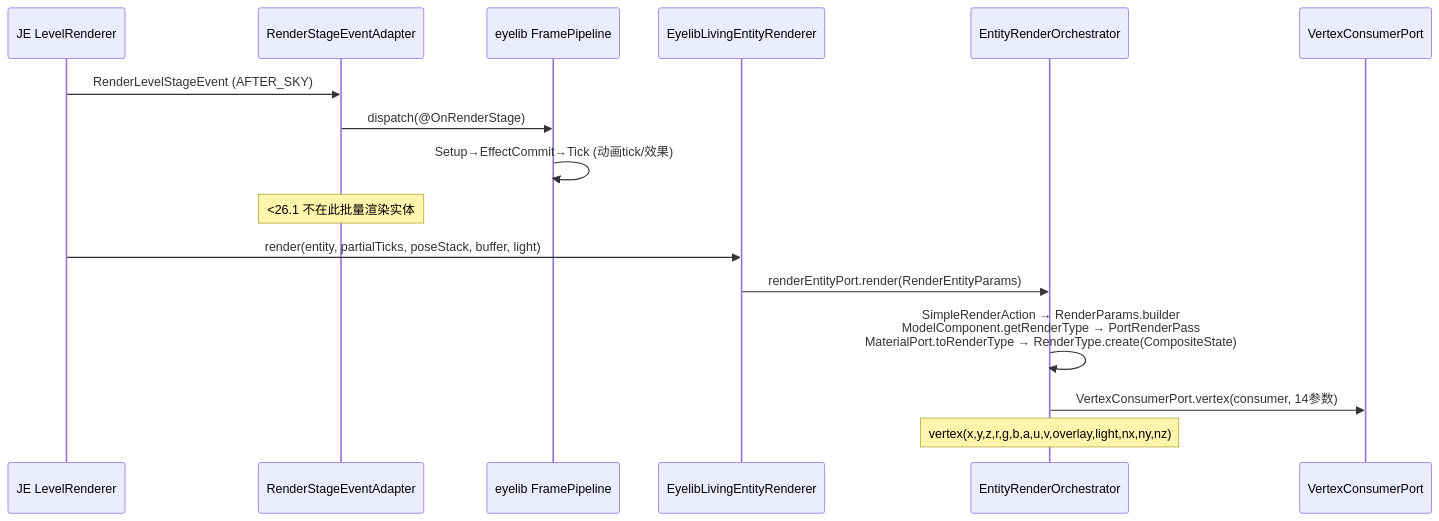
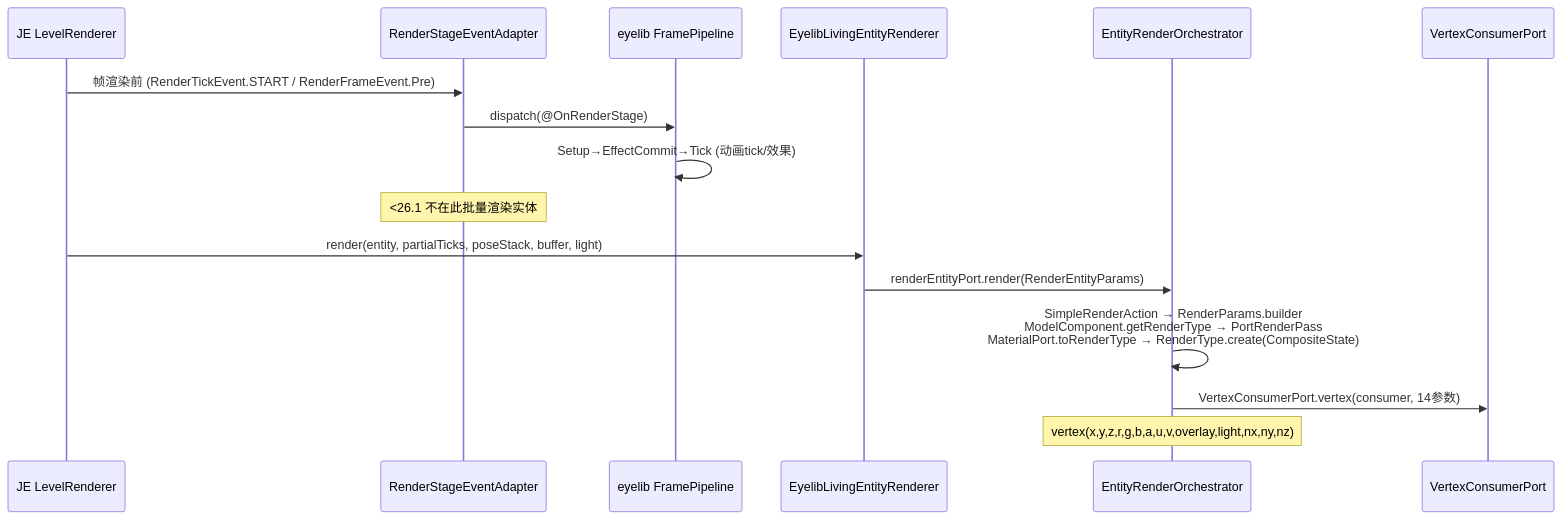
Before and after one commit to TT432/eyelib: the second of 3 diagrams in docs/concepts/cross-version-render-architecture.md, drawn with Mermaid. The commit also changed other lines of this file and 4 other files, not shown here.

````diff
--- a/docs/concepts/cross-version-render-architecture.md
+++ b/docs/concepts/cross-version-render-architecture.md
@@ -208,19 +208,19 @@
 ```mermaid
 sequenceDiagram
     participant JE as JE LevelRenderer
     participant RSEA as RenderStageEventAdapter
     participant FP as eyelib FramePipeline
     participant ELR as EyelibLivingEntityRenderer
     participant Orch as EntityRenderOrchestrator
     participant VC as VertexConsumerPort
 
-    JE->>RSEA: RenderLevelStageEvent (AFTER_SKY)
+    JE->>RSEA: 帧渲染前 (RenderTickEvent.START / RenderFrameEvent.Pre)
     RSEA->>FP: dispatch(@OnRenderStage)
     FP->>FP: Setup→EffectCommit→Tick (动画tick/效果)
     Note over RSEA: <26.1 不在此批量渲染实体
     JE->>ELR: render(entity, partialTicks, poseStack, buffer, light)
     ELR->>Orch: renderEntityPort.render(RenderEntityParams)
     Orch->>Orch: SimpleRenderAction → RenderParams.builder<br/>ModelComponent.getRenderType → PortRenderPass<br/>MaterialPort.toRenderType → RenderType.create(CompositeState)
     Orch->>VC: VertexConsumerPort.vertex(consumer, 14参数)
     Note over Orch: vertex(x,y,z,r,g,b,a,u,v,overlay,light,nx,ny,nz)
 ```
````
